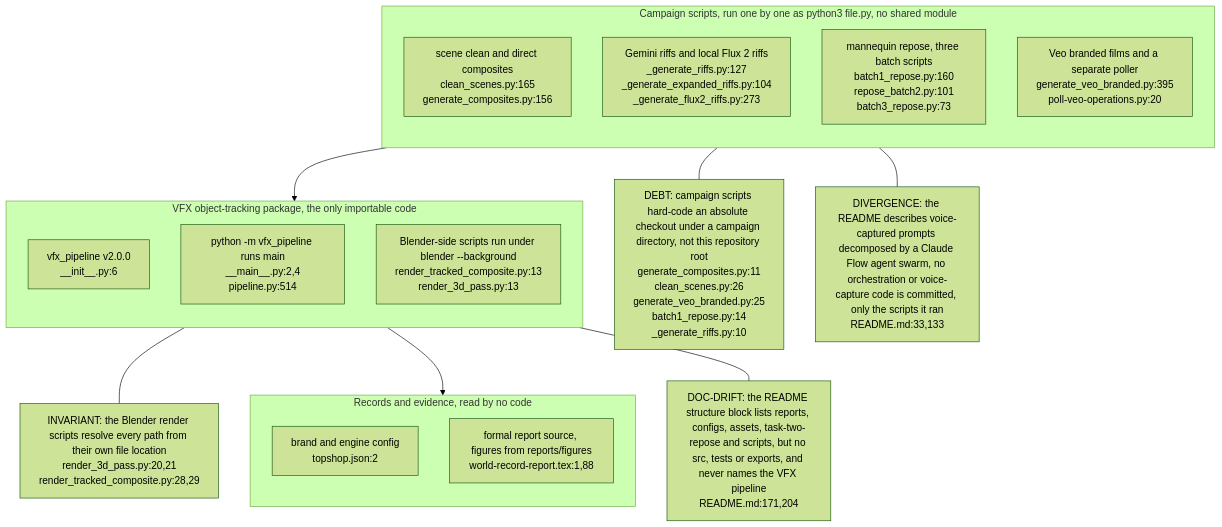
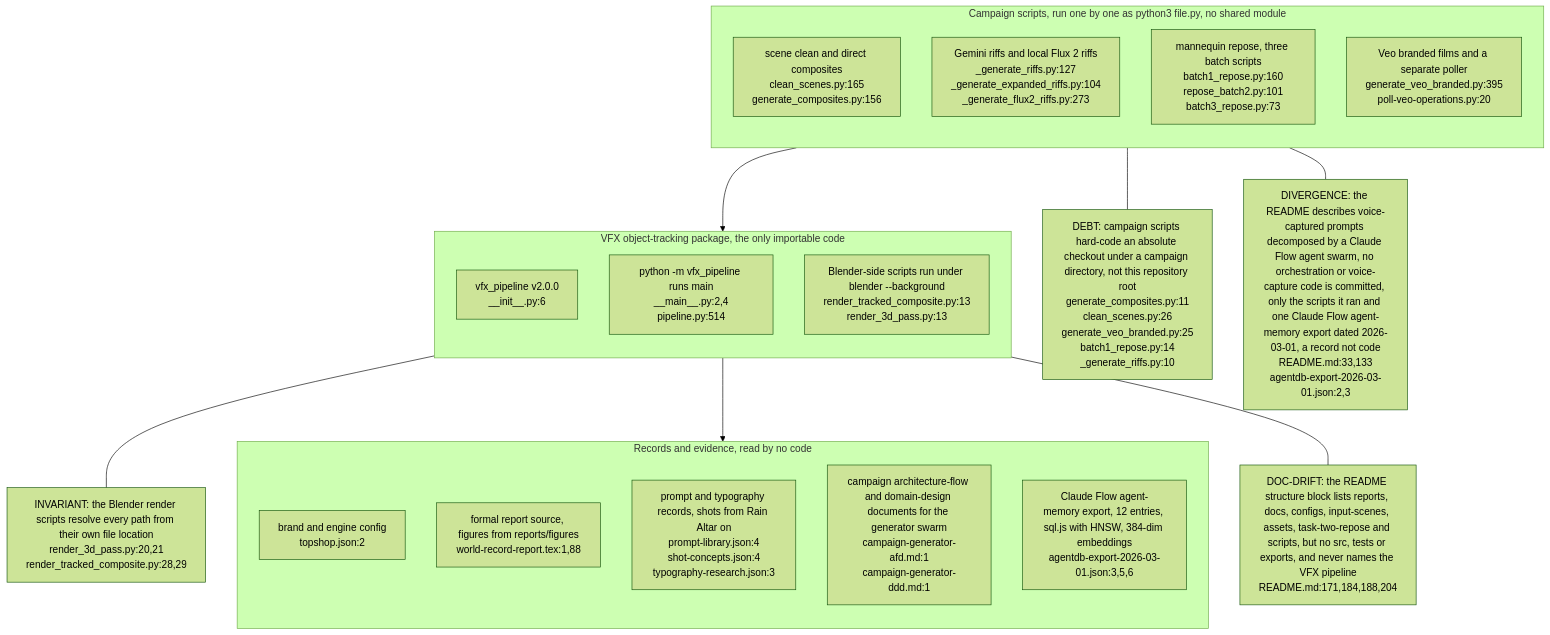
The first of 3 diagrams in docs/diagrams/thg-world-record-attempt/01-repository-anatomy-and-boundaries.md (DreamLab-AI/VisionFlow), drawn with Mermaid (forest theme) before and after one commit. The commit also changed other lines of this file and 1 other file, not shown here.

Commit message:
diagrams(thg): fix skeptic findings on TH-01 and TH-04
- TH-04.2: drop the INVARIANT on the GPU split. AGENT_NOTICE.md:4,34 says
  GPU 0 was nearly full and asks for the encoder on GPU 1; it never mentions
  the VAE. The VAE placement is now cited to _generate_flux2_riffs.py:72,75
  and README.md:209.
- TH-01.1 DIV: acknowledge the committed Claude Flow agent-memory export
  (exports/agentdb-export-2026-03-01.json) as the one orchestration record.
- TH-01.1: add the prompt/typography records, the campaign AFD/DDD docs and
  the agentdb export to the records subgraph.
- TH-01.1 DRIFT: the README structure block also lists docs/ and
  input-scenes/ (README.md:184,188).

````diff
--- a/docs/diagrams/thg-world-record-attempt/01-repository-anatomy-and-boundaries.md
+++ b/docs/diagrams/thg-world-record-attempt/01-repository-anatomy-and-boundaries.md
@@ -35,30 +41,33 @@
 ```mermaid
 flowchart TB
     subgraph CAMPAIGN["Campaign scripts, run one by one as python3 file.py, no shared module"]
         direction TB
         SC["scene clean and direct composites<br/>clean_scenes.py:165<br/>generate_composites.py:156"]
         RF["Gemini riffs and local Flux 2 riffs<br/>_generate_riffs.py:127<br/>_generate_expanded_riffs.py:104<br/>_generate_flux2_riffs.py:273"]
         RP["mannequin repose, three batch scripts<br/>batch1_repose.py:160<br/>repose_batch2.py:101<br/>batch3_repose.py:73"]
         VE["Veo branded films and a separate poller<br/>generate_veo_branded.py:395<br/>poll-veo-operations.py:20"]
     end
     subgraph VFX["VFX object-tracking package, the only importable code"]
         direction TB
         INIT["vfx_pipeline v2.0.0<br/>__init__.py:6"]
         MAIN["python -m vfx_pipeline runs main<br/>__main__.py:2,4<br/>pipeline.py:514"]
         BR["Blender-side scripts run under blender --background<br/>render_tracked_composite.py:13<br/>render_3d_pass.py:13"]
     end
     subgraph EVID["Records and evidence, read by no code"]
         direction TB
         CFG["brand and engine config<br/>topshop.json:2"]
         REP["formal report source, figures from reports/figures<br/>world-record-report.tex:1,88"]
+        PRM["prompt and typography records, shots from Rain Altar on<br/>prompt-library.json:4<br/>shot-concepts.json:4<br/>typography-research.json:3"]
+        DES["campaign architecture-flow and domain-design documents for the generator swarm<br/>campaign-generator-afd.md:1<br/>campaign-generator-ddd.md:1"]
+        MEM["Claude Flow agent-memory export, 12 entries, sql.js with HNSW, 384-dim embeddings<br/>agentdb-export-2026-03-01.json:3,5,6"]
     end
     CAMPAIGN --> VFX --> EVID
-    DRIFT["DOC-DRIFT: the README structure block lists reports, configs, assets, task-two-repose and scripts, but no src, tests or exports, and never names the VFX pipeline<br/>README.md:171,204"]
+    DRIFT["DOC-DRIFT: the README structure block lists reports, docs, configs, input-scenes, assets, task-two-repose and scripts, but no src, tests or exports, and never names the VFX pipeline<br/>README.md:171,184,188,204"]
     VFX --- DRIFT
     DEBT["DEBT: campaign scripts hard-code an absolute checkout under a campaign directory, not this repository root<br/>generate_composites.py:11<br/>clean_scenes.py:26<br/>generate_veo_branded.py:25<br/>batch1_repose.py:14<br/>_generate_riffs.py:10"]
     CAMPAIGN --- DEBT
     INV["INVARIANT: the Blender render scripts resolve every path from their own file location<br/>render_3d_pass.py:20,21<br/>render_tracked_composite.py:28,29"]
     BR --- INV
-    DIV["DIVERGENCE: the README describes voice-captured prompts decomposed by a Claude Flow agent swarm, no orchestration or voice-capture code is committed, only the scripts it ran<br/>README.md:33,133"]
+    DIV["DIVERGENCE: the README describes voice-captured prompts decomposed by a Claude Flow agent swarm, no orchestration or voice-capture code is committed, only the scripts it ran and one Claude Flow agent-memory export dated 2026-03-01, a record not code<br/>README.md:33,133<br/>agentdb-export-2026-03-01.json:2,3"]
     CAMPAIGN --- DIV
 ```
````
